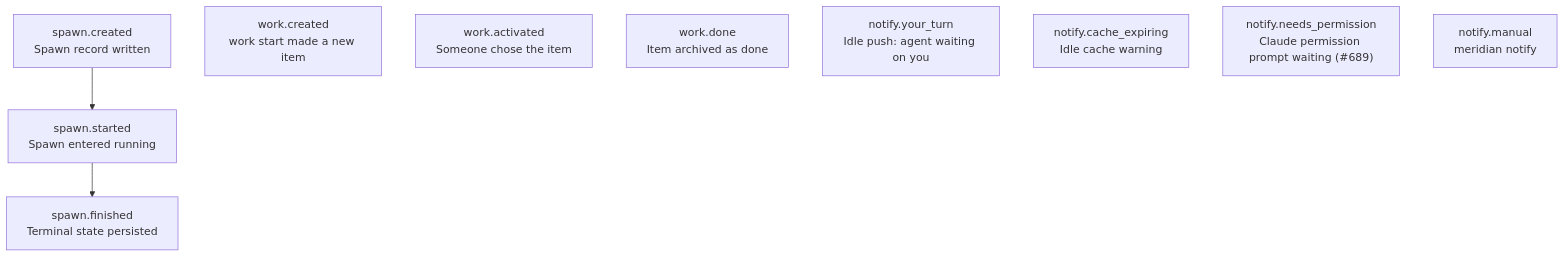
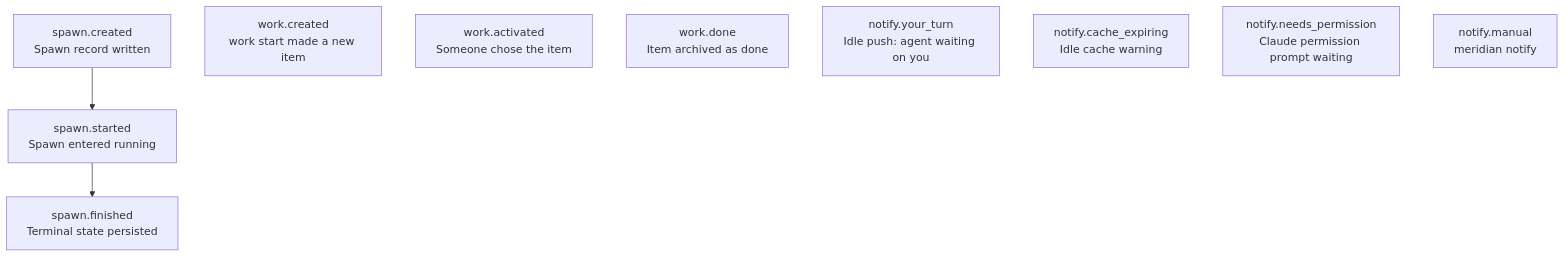
The diagram in kb/concepts/hooks-and-plugins.md (haowjy/meridian-cli-kb), drawn with Mermaid before and after one commit. The commit also changed other lines of this file and 30 other files, not shown here.

````diff
--- a/kb/concepts/hooks-and-plugins.md
+++ b/kb/concepts/hooks-and-plugins.md
@@ -47,14 +39,14 @@
 ```mermaid
 graph TD
     SPAWN_CREATED["spawn.created\nSpawn record written"] --> SPAWN_STARTED["spawn.started\nSpawn entered running"]
     SPAWN_STARTED --> SPAWN_FINISHED["spawn.finished\nTerminal state persisted"]
 
     WORK_CREATED["work.created\nwork start made a new item"]
     WORK_ACTIVATED["work.activated\nSomeone chose the item"]
     WORK_DONE["work.done\nItem archived as done"]
 
     YOUR_TURN["notify.your_turn\nIdle push: agent waiting on you"]
     CACHE["notify.cache_expiring\nIdle cache warning"]
-    PERMISSION["notify.needs_permission\nClaude permission prompt waiting (#689)"]
+    PERMISSION["notify.needs_permission\nClaude permission prompt waiting"]
     MANUAL["notify.manual\nmeridian notify"]
 ```
````
